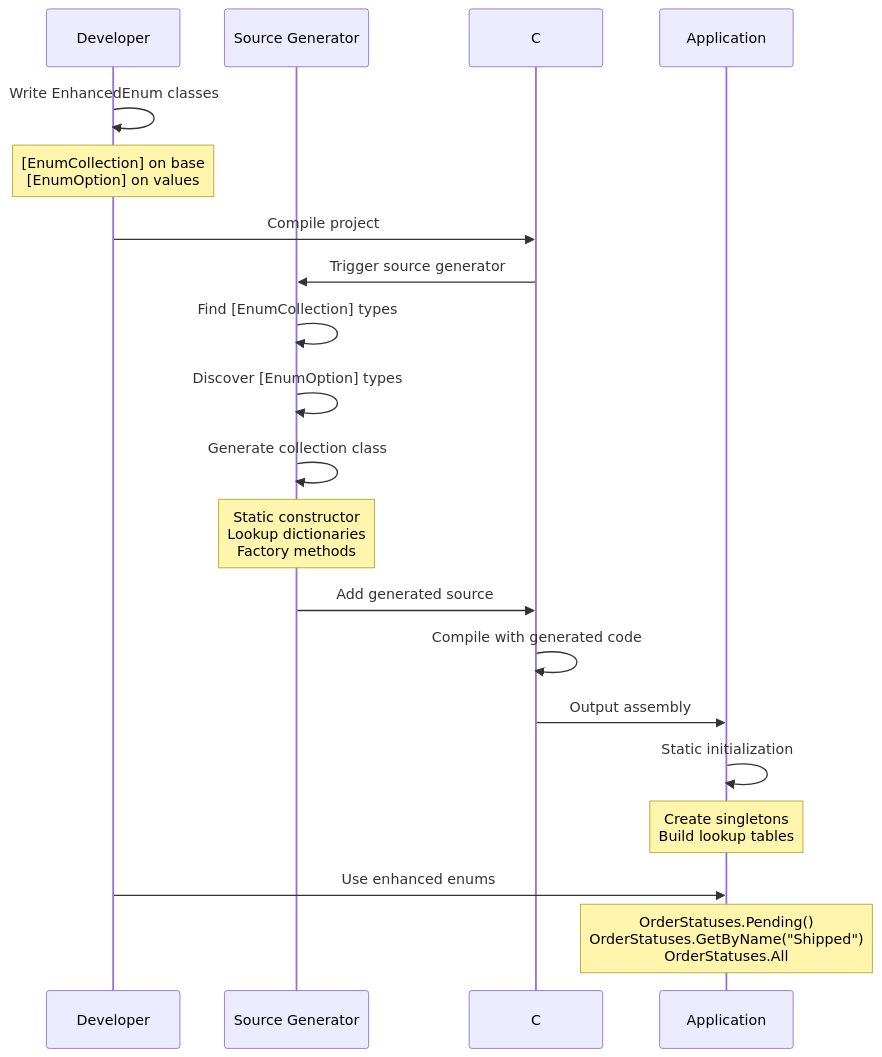
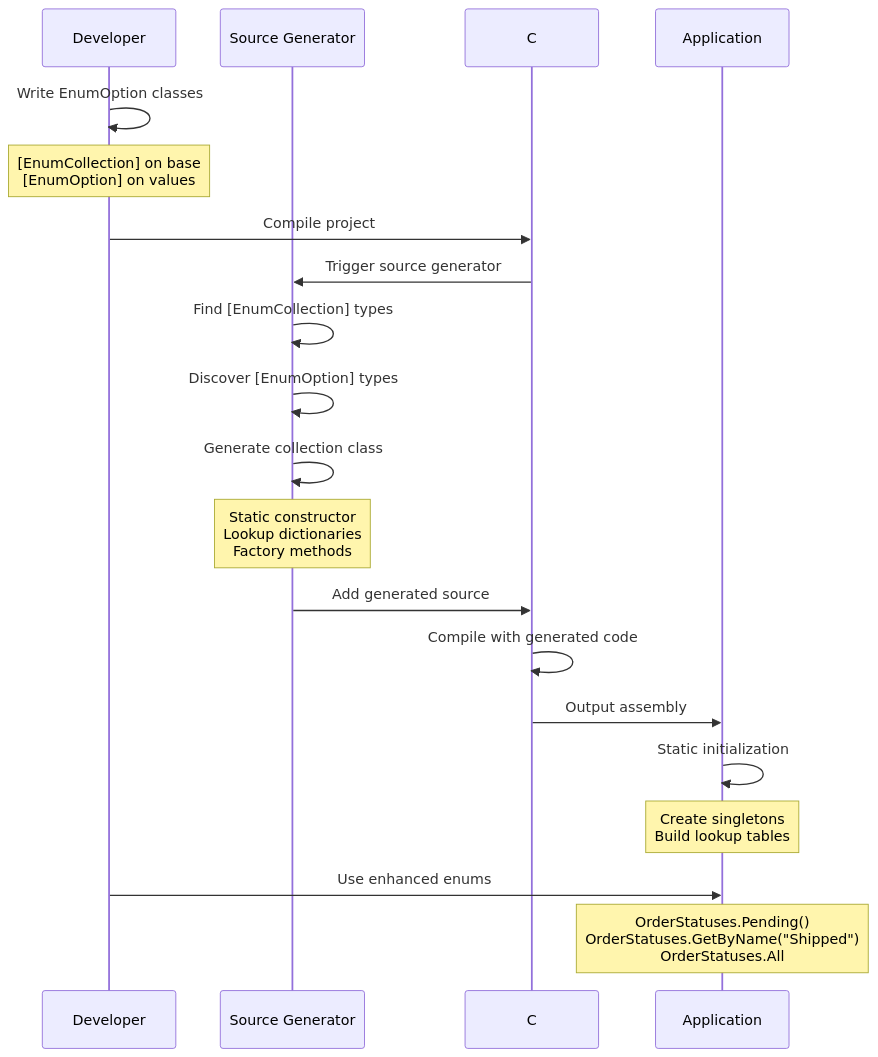
Before and after one commit to CyberdineDevelopment/Enhanced-Enums: the diagram in README.md, drawn with Mermaid. The commit also changed other lines of this file and 32 other files, not shown here.

````diff
--- a/README.md
+++ b/README.md
@@ -32,28 +32,28 @@
 ```mermaid
 sequenceDiagram
     participant Dev as Developer
     participant SG as Source Generator
     participant CC as C# Compiler
     participant App as Application
 
-    Dev->>Dev: Write EnhancedEnum classes
+    Dev->>Dev: Write EnumOption classes
     Note over Dev: [EnumCollection] on base<br/>[EnumOption] on values
     
     Dev->>CC: Compile project
     CC->>SG: Trigger source generator
     
     SG->>SG: Find [EnumCollection] types
     SG->>SG: Discover [EnumOption] types
     SG->>SG: Generate collection class
     Note over SG: Static constructor<br/>Lookup dictionaries<br/>Factory methods
     
     SG->>CC: Add generated source
     CC->>CC: Compile with generated code
     CC->>App: Output assembly
     
     App->>App: Static initialization
     Note over App: Create singletons<br/>Build lookup tables
     
     Dev->>App: Use enhanced enums
     Note over App: OrderStatuses.Pending()<br/>OrderStatuses.GetByName("Shipped")<br/>OrderStatuses.All
 ```
````
